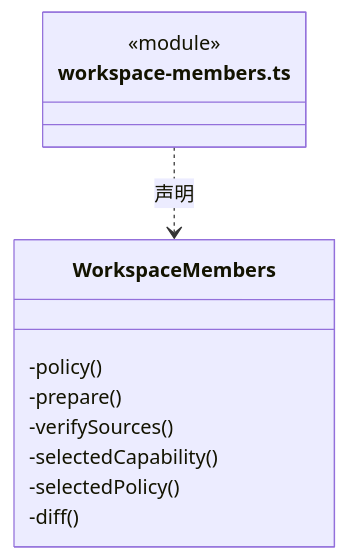
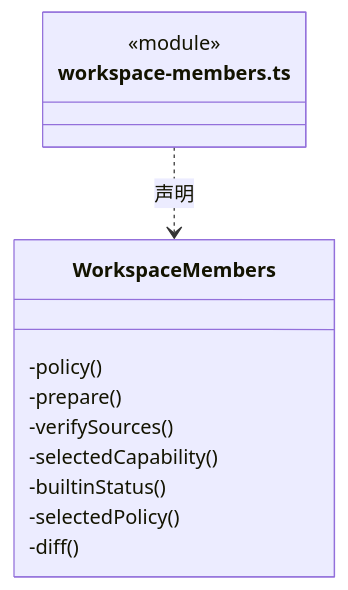
Before and after one commit to nan023062/cbim: the ninth of 15 diagrams in src/backend/main/workspace/ARCHITECTURE.md, drawn with Mermaid. The commit also changed other lines of this file and 97 other files, not shown here.

````diff
--- a/src/backend/main/workspace/ARCHITECTURE.md
+++ b/src/backend/main/workspace/ARCHITECTURE.md
@@ -177,15 +226,16 @@
 ```mermaid
 classDiagram
 class N_src_backend_main_workspace_workspace_members_ts["workspace-members.ts"] {
   <<module>>
 }
 class N_src_backend_main_workspace_workspace_members_ts_WorkspaceMembers["WorkspaceMembers"] {
   -policy()
   -prepare()
   -verifySources()
   -selectedCapability()
+  -builtinStatus()
   -selectedPolicy()
   -diff()
 }
 N_src_backend_main_workspace_workspace_members_ts ..> N_src_backend_main_workspace_workspace_members_ts_WorkspaceMembers : 声明
 ```
````
